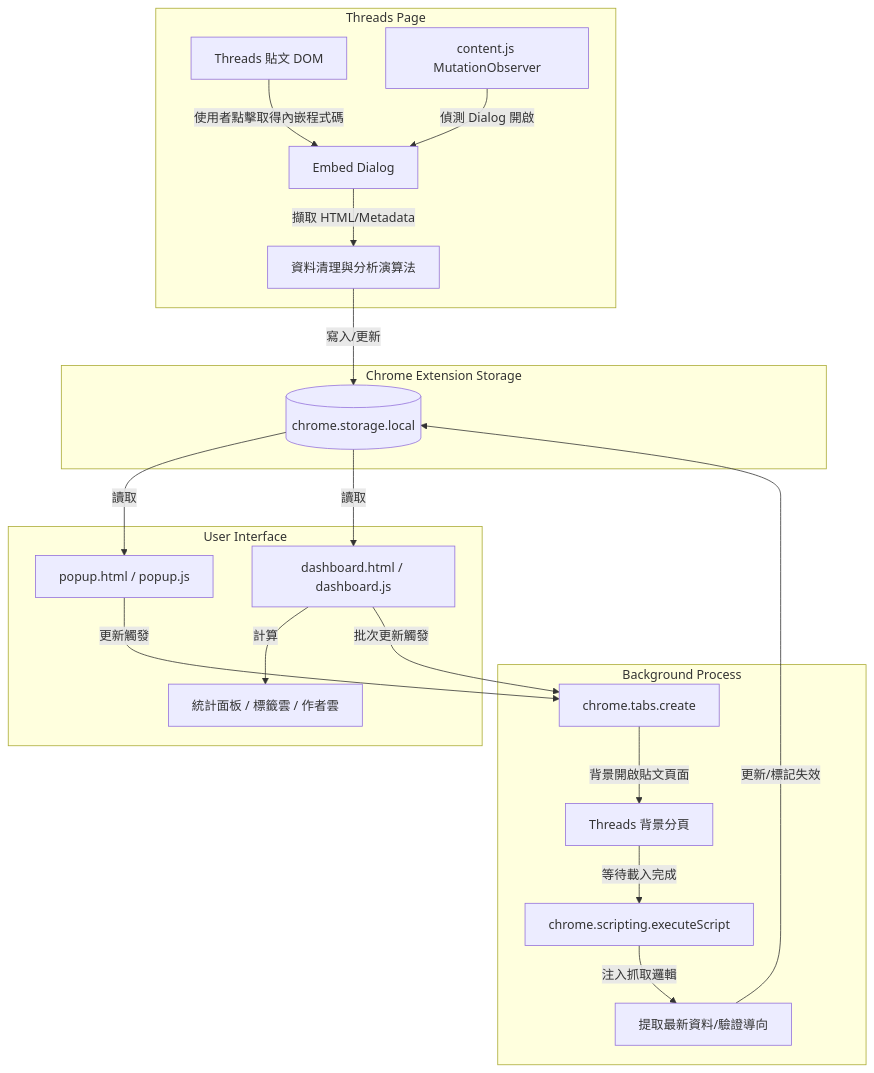
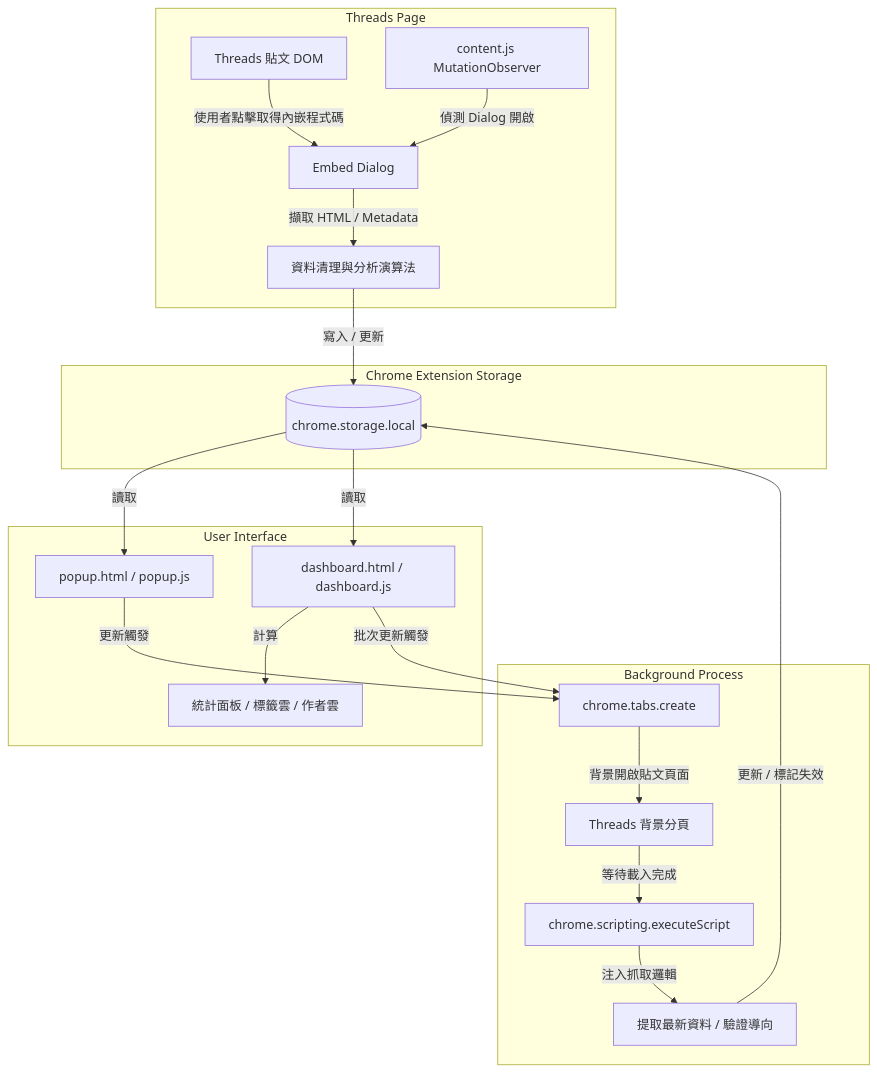
Before and after one commit to Scorpio-meow/Threads-embedded-code: the diagram in README.md, drawn with Mermaid. The commit also changed other lines of this file, not shown here.

````diff
--- a/README.md
+++ b/README.md
@@ -191,27 +197,27 @@
 ```mermaid
 flowchart TD
     subgraph Threads Page
-        A[Threads 貼文 DOM] -->|使用者點擊取得內嵌程式碼| B[Embed Dialog]
-        C[content.js MutationObserver] -->|偵測 Dialog 開啟| B
-        B -->|擷取 HTML/Metadata| D[資料清理與分析演算法]
+        A["Threads 貼文 DOM"] -->|"使用者點擊取得內嵌程式碼"| B["Embed Dialog"]
+        C["content.js MutationObserver"] -->|"偵測 Dialog 開啟"| B
+        B -->|"擷取 HTML / Metadata"| D["資料清理與分析演算法"]
     end
 
     subgraph Chrome Extension Storage
-        D -->|寫入/更新| E[(chrome.storage.local)]
+        D -->|"寫入 / 更新"| E[("chrome.storage.local")]
     end
 
     subgraph User Interface
-        E -->|讀取| F[popup.html / popup.js]
-        E -->|讀取| G[dashboard.html / dashboard.js]
-        G -->|計算| G1[統計面板 / 標籤雲 / 作者雲]
+        E -->|"讀取"| F["popup.html / popup.js"]
+        E -->|"讀取"| G["dashboard.html / dashboard.js"]
+        G -->|"計算"| G1["統計面板 / 標籤雲 / 作者雲"]
     end
 
     subgraph Background Process
-        F -->|更新觸發| H[chrome.tabs.create]
-        G -->|批次更新觸發| H
-        H -->|背景開啟貼文頁面| I[Threads 背景分頁]
-        I -->|等待載入完成| J[chrome.scripting.executeScript]
-        J -->|注入抓取邏輯| K[提取最新資料/驗證導向]
-        K -->|更新/標記失效| E
+        F -->|"更新觸發"| H["chrome.tabs.create"]
+        G -->|"批次更新觸發"| H
+        H -->|"背景開啟貼文頁面"| I["Threads 背景分頁"]
+        I -->|"等待載入完成"| J["chrome.scripting.executeScript"]
+        J -->|"注入抓取邏輯"| K["提取最新資料 / 驗證導向"]
+        K -->|"更新 / 標記失效"| E
     end
 ```
````
